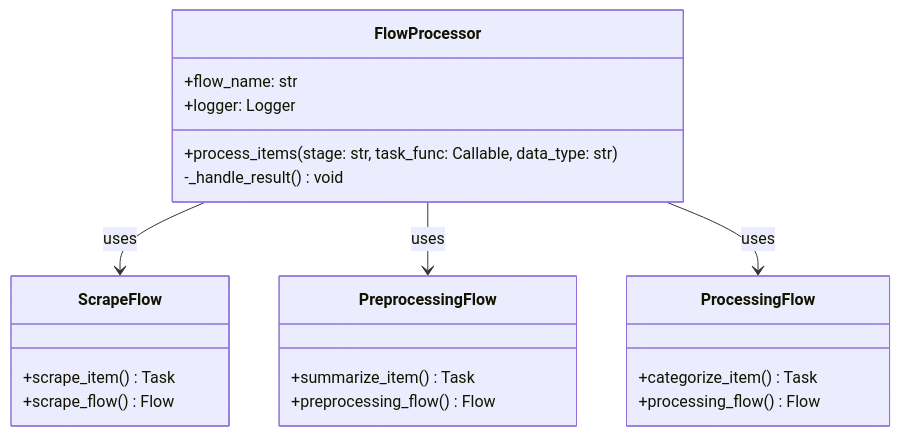
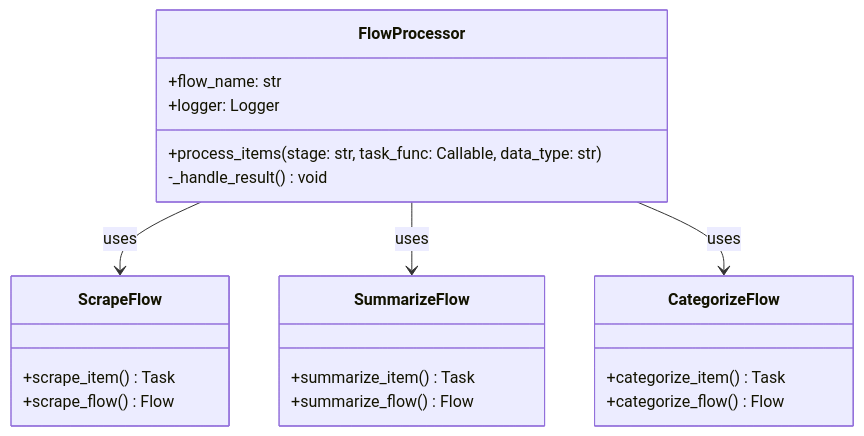
One commit to dmitriyratu/DiscourseKG changed the sixth of 7 diagrams in documentation/architecture.md. Above: the diagram before and after it, drawn with Mermaid. The commit also changed other lines of this file and 28 other files, not shown here.

````diff
--- a/documentation/architecture.md
+++ b/documentation/architecture.md
@@ -280,28 +353,28 @@
 ```mermaid
 classDiagram
     class FlowProcessor {
         +flow_name: str
         +logger: Logger
         +process_items(stage: str, task_func: Callable, data_type: str)
         -_handle_result() void
     }
     
     class ScrapeFlow {
         +scrape_item() Task
         +scrape_flow() Flow
     }
     
-    class PreprocessingFlow {
+    class SummarizeFlow {
         +summarize_item() Task
-        +preprocessing_flow() Flow
+        +summarize_flow() Flow
     }
     
-    class ProcessingFlow {
+    class CategorizeFlow {
         +categorize_item() Task
-        +processing_flow() Flow
+        +categorize_flow() Flow
     }
     
     FlowProcessor --> ScrapeFlow : uses
-    FlowProcessor --> PreprocessingFlow : uses
-    FlowProcessor --> ProcessingFlow : uses
+    FlowProcessor --> SummarizeFlow : uses
+    FlowProcessor --> CategorizeFlow : uses
 ```
````
